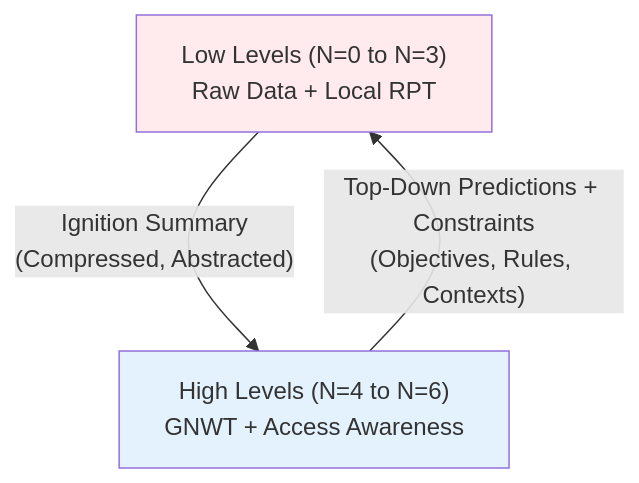
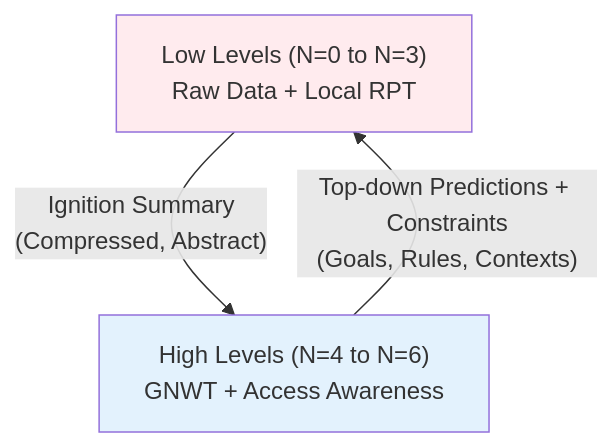
One commit to AlainCo/GNWT-Garrigue-X-en changed the first of 9 diagrams in architecture/architecture.md. Above: the diagram before and after it, drawn with Mermaid. The commit also changed other lines of this file and 21 other files, not shown here.

````diff
--- a/architecture/architecture.md
+++ b/architecture/architecture.md
@@ -3,12 +5,12 @@
 ```mermaid
 flowchart TD
     direction TB
 
-    Low["Low Levels (N=0 to N=3)\nRaw Data + Local RPT"] -->
-    |"Ignition Summary\n(Compressed, Abstracted)"| High["High Levels (N=4 to N=6)\nGNWT + Access Awareness"]
+    Bas["Low Levels (N=0 to N=3)\nRaw Data + Local RPT"] 
+    -->|"Ignition Summary\n(Compressed, Abstract)"| Haut["High Levels (N=4 to N=6)\nGNWT + Access Awareness"]
 
-    High -->|"Top-Down Predictions + Constraints\n(Objectives, Rules, Contexts)"| Low
+    Haut -->|"Top-down Predictions + Constraints\n(Goals, Rules, Contexts)"| Bas
 
-    style Low fill:#ffebee
-    style High fill:#e3f2fd
+    style Bas fill:#ffebee
+    style Haut fill:#e3f2fd
 ```
````
